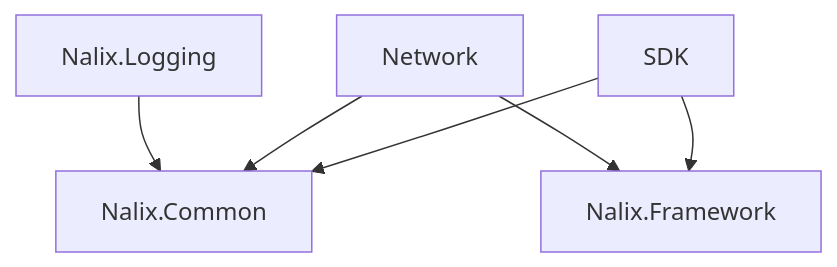
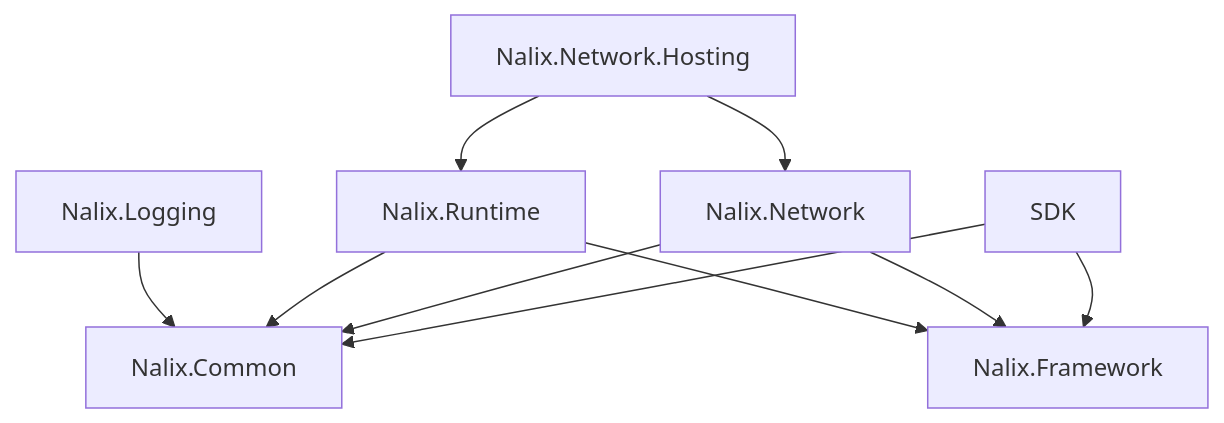
The diagram in docs/packages/index.md (ppn-systems/Nalix), drawn with Mermaid before and after one commit. The commit also changed other lines of this file and 220 other files, not shown here.

````diff
--- a/docs/packages/index.md
+++ b/docs/packages/index.md
@@ -35,10 +29,16 @@
 ```mermaid
 flowchart TD
     SDK --> Common["Nalix.Common"]
     SDK --> Framework["Nalix.Framework"]
 
+    Hosting["Nalix.Network.Hosting"] --> Network["Nalix.Network"]
+    Hosting --> Runtime["Nalix.Runtime"]
+    
     Network --> Common
     Network --> Framework
+    
+    Runtime --> Common
+    Runtime --> Framework
 
     Logging["Nalix.Logging"] --> Common
 ```
````
